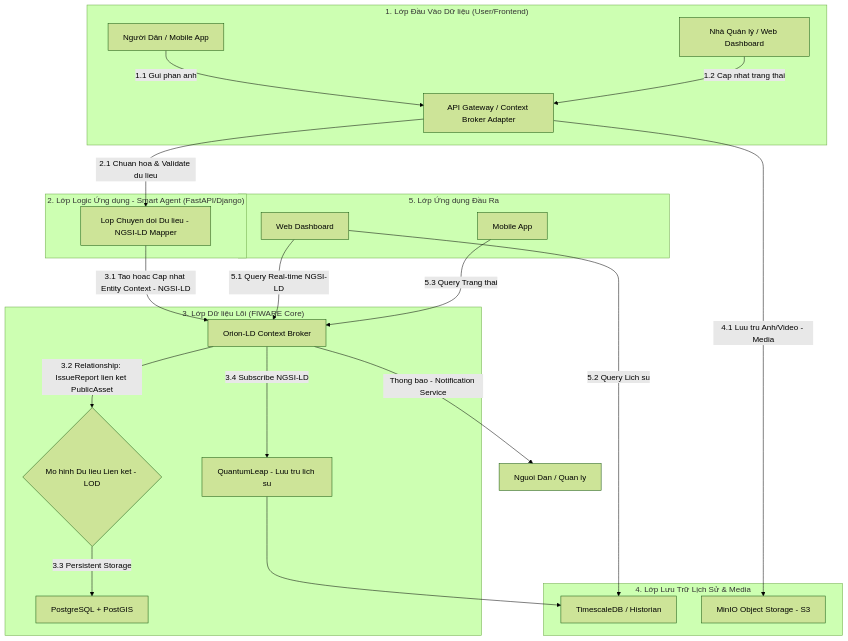
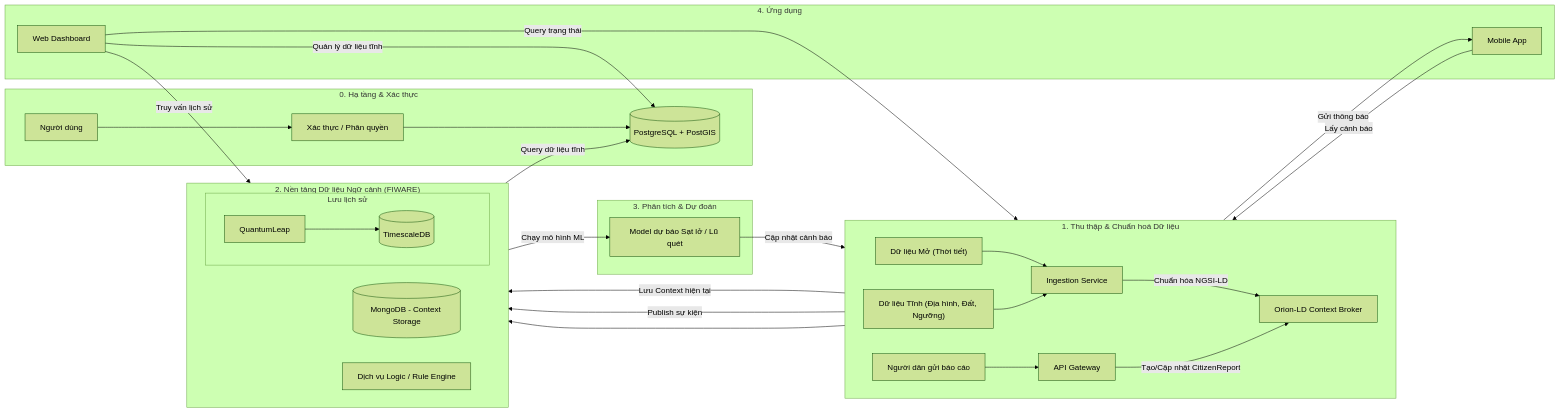
Before and after one commit to PhamQuyNam/OLP_2025_PMMNM_HaUI_DNK: the diagram in Readme.md, drawn with Mermaid (forest theme). The commit also changed other lines of this file, not shown here.

Commit message:
change of Topic

````diff
--- a/Readme.md
+++ b/Readme.md
@@ -23,46 +20,59 @@
 ```mermaid
-graph TD
-
-    %% 1. USER & DATA INPUT LAYER
-    subgraph L1["1. Lớp Đầu Vào Dữ liệu (User/Frontend)"]
-        A1["Người Dân / Mobile App"] -->|1.1 Gui phan anh| B
-        A2["Nhà Quản lý / Web Dashboard"] -->|1.2 Cap nhat trang thai| B
+flowchart LR
+    %% ===== 0. AUTH & INFRA =====
+    subgraph S0["0. Hạ tầng & Xác thực"]
+        A[Người dùng] --> AUTH[Xác thực / Phân quyền]
+        AUTH --> DBUser[(PostgreSQL + PostGIS)]
     end
 
-    %% 2. APPLICATION LOGIC & ADAPTER LAYER
-    subgraph L2["2. Lớp Logic Ứng dụng - Smart Agent (FastAPI/Django)"]
-        B["API Gateway / Context Broker Adapter"]
-        B -->|2.1 Chuan hoa & Validate du lieu| C
-        C["Lop Chuyen doi Du lieu - NGSI-LD Mapper"]
+    %% ===== 1. INGESTION =====
+    subgraph S1["1. Thu thập & Chuẩn hoá Dữ liệu"]
+        direction LR
+        OpenAPI["Dữ liệu Mở (Thời tiết)"]
+        StaticData["Dữ liệu Tĩnh (Địa hình, Đất, Ngưỡng)"]
+        Citizen["Người dân gửi báo cáo"]
+
+        OpenAPI --> INGEST["Ingestion Service"]
+        StaticData --> INGEST
+        Citizen --> API["API Gateway"]
+
+        INGEST -->|"Chuẩn hóa NGSI-LD"| Orion
     end
 
-    %% 3. CONTEXT & DATA CORE LAYER
-    subgraph L3["3. Lớp Dữ liệu Lõi (FIWARE Core)"]
-        C -->|3.1 Tao hoac Cap nhat Entity Context - NGSI-LD| D
-        D["Orion-LD Context Broker"]
-        D -->|3.2 Relationship: IssueReport lien ket PublicAsset| E
-        E{"Mo hinh Du lieu Lien ket - LOD"}
-        E -->|3.3 Persistent Storage| F
-        F["PostgreSQL + PostGIS"]
-        D -- "3.4 Subscribe NGSI-LD" --> G
-        G["QuantumLeap - Luu tru lich su"]
+    %% ===== 2. CONTEXT CORE =====
+    subgraph S2["2. Nền tảng Dữ liệu Ngữ cảnh (FIWARE)"]
+        direction LR
+        Orion[Orion-LD Context Broker]
+        Mongo[(MongoDB - Context Storage)]
+
+        Orion -->|"Lưu Context hiện tại"| Mongo
+        Orion -->|"Publish sự kiện"| Logic["Dịch vụ Logic / Rule Engine"]
+
+        subgraph P["Lưu lịch sử"]
+            Orion --> QL[QuantumLeap]
+            QL --> TS[(TimescaleDB)]
+        end
     end
 
-    %% 4. STORAGE & HISTORICAL DATA
-    subgraph L4["4. Lớp Lưu Trữ Lịch Sử & Media"]
-        G --> H["TimescaleDB / Historian"]
-        B -->|4.1 Luu tru Anh/Video - Media| I
-        I["MinIO Object Storage - S3"]
+    %% ===== 3. BUSINESS & ML =====
+    subgraph S3["3. Phân tích & Dự đoán"]
+        Logic -->|"Query dữ liệu tĩnh"| DBUser
+        Logic -->|"Chạy mô hình ML"| Model["Model dự báo Sạt lở / Lũ quét"]
+        Model -->|"Cập nhật cảnh báo"| Orion
+        API -->|"Tạo/Cập nhật CitizenReport"| Orion
     end
 
-    %% 5. DATA OUTPUT & INTERACTION
-    subgraph L5["5. Lớp Ứng dụng Đầu Ra"]
-        J1["Web Dashboard"] -->|5.1 Query Real-time NGSI-LD| D
-        J1 -->|5.2 Query Lich su| H
-        J2["Mobile App"] -->|5.3 Query Trang thai| D
+    %% ===== 4. APPLICATION =====
+    subgraph S4["4. Ứng dụng"]
+        Admin["Web Dashboard"]
+        Mobile["Mobile App"]
+
+        Admin -->|"Query trạng thái"| Orion
+        Admin -->|"Truy vấn lịch sử"| TS
+        Admin -->|"Quản lý dữ liệu tĩnh"| DBUser
+
+        Mobile -->|"Lấy cảnh báo"| Orion
+        Orion -->|"Gửi thông báo"| Mobile
     end
 
-    %% RESPONSE FLOW
-    D -->|Thong bao - Notification Service| K["Nguoi Dan / Quan ly"]
-
 ```
````
